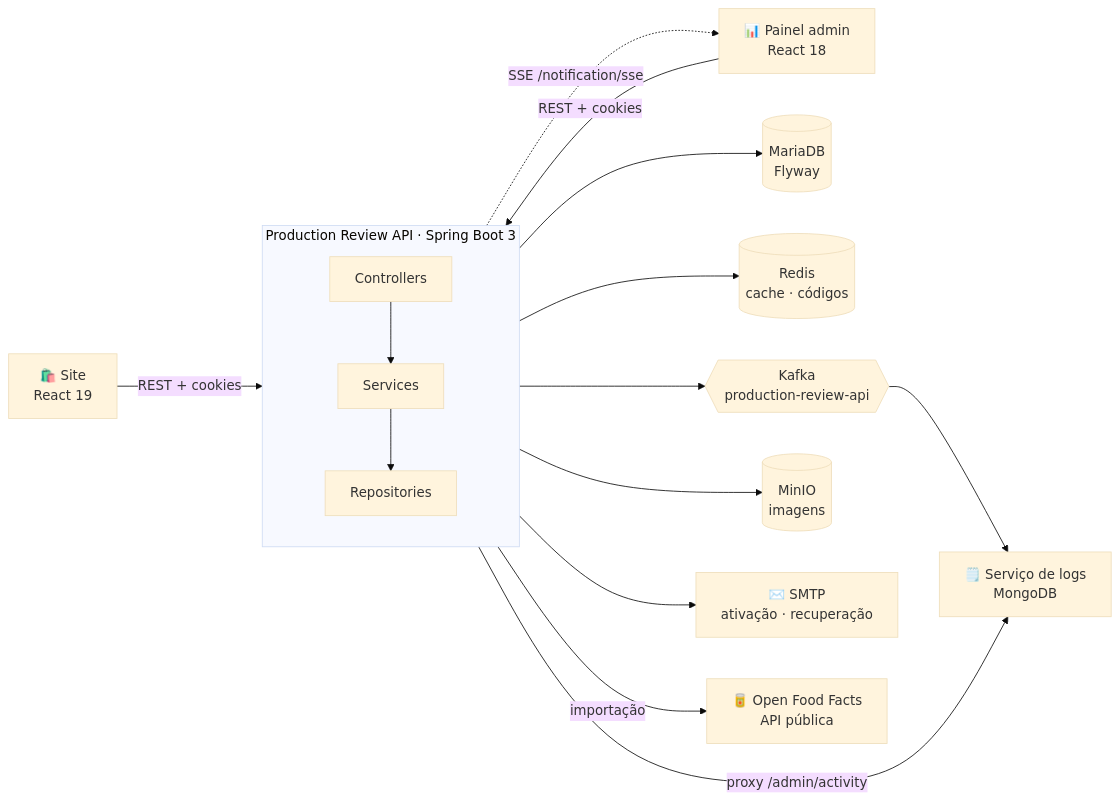
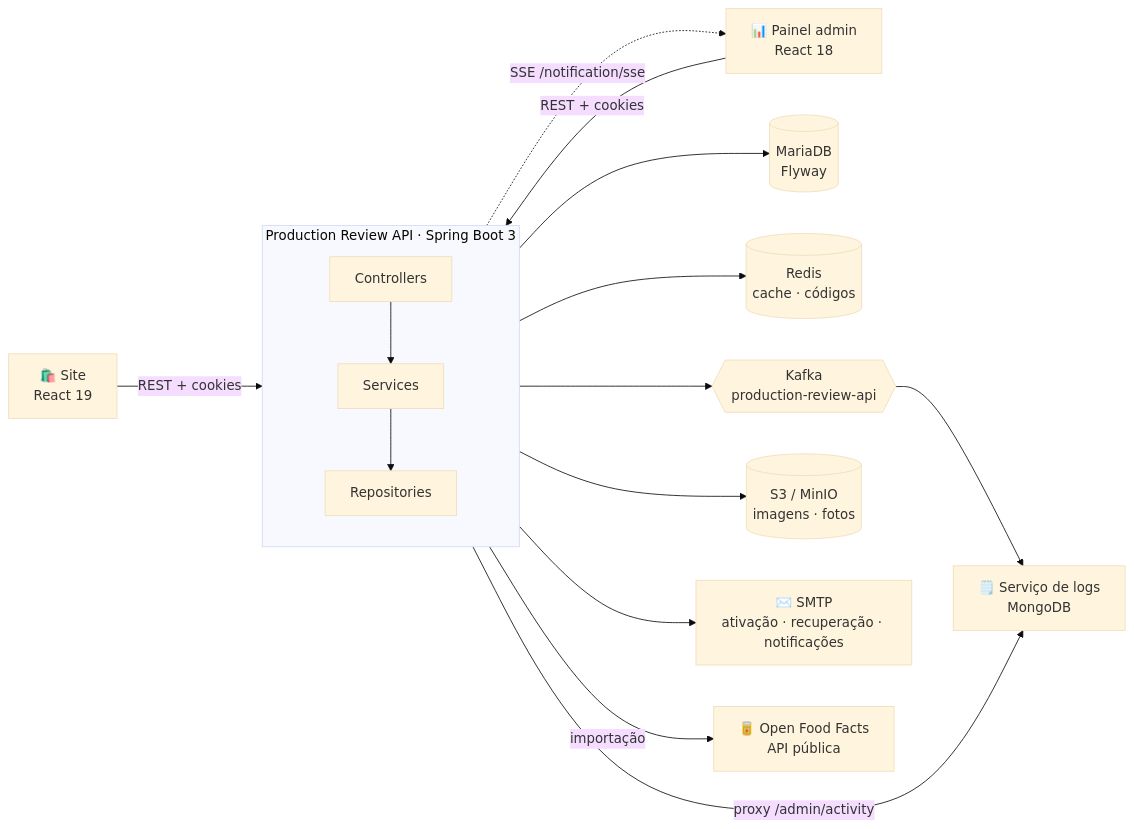
Before and after one commit to erikomis/production-review-api: the first of 2 diagrams in README.md, drawn with Mermaid (base theme). The commit also changed other lines of this file, not shown here.

````diff
--- a/README.md
+++ b/README.md
@@ -52,20 +52,20 @@
 ```mermaid
 flowchart LR
     Site["🛍️ Site<br/>React 19"] -->|REST + cookies| API
     Painel["📊 Painel admin<br/>React 18"] -->|REST + cookies| API
     API -.->|SSE /notification/sse| Painel
 
     subgraph API["Production Review API · Spring Boot 3"]
       direction TB
       C["Controllers"] --> S["Services"] --> R["Repositories"]
     end
 
     R --> DB[("MariaDB<br/>Flyway")]
     S --> Redis[("Redis<br/>cache · códigos")]
     S --> Kafka{{"Kafka<br/>production-review-api"}}
-    S --> MinIO[("MinIO<br/>imagens")]
-    S --> SMTP["✉️ SMTP<br/>ativação · recuperação"]
+    S --> MinIO[("S3 / MinIO<br/>imagens · fotos")]
+    S --> SMTP["✉️ SMTP<br/>ativação · recuperação · notificações"]
     S -->|importação| OFF["🥫 Open Food Facts<br/>API pública"]
     Kafka --> Logs["🗒️ Serviço de logs<br/>MongoDB"]
     S -->|proxy /admin/activity| Logs
 ```
````
